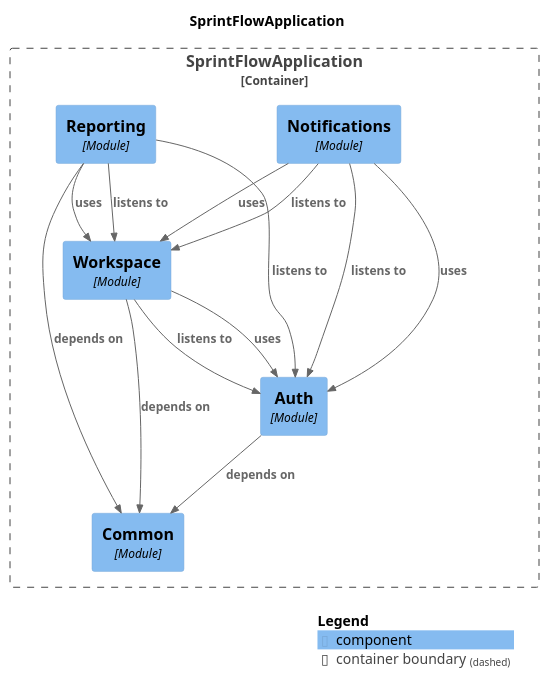
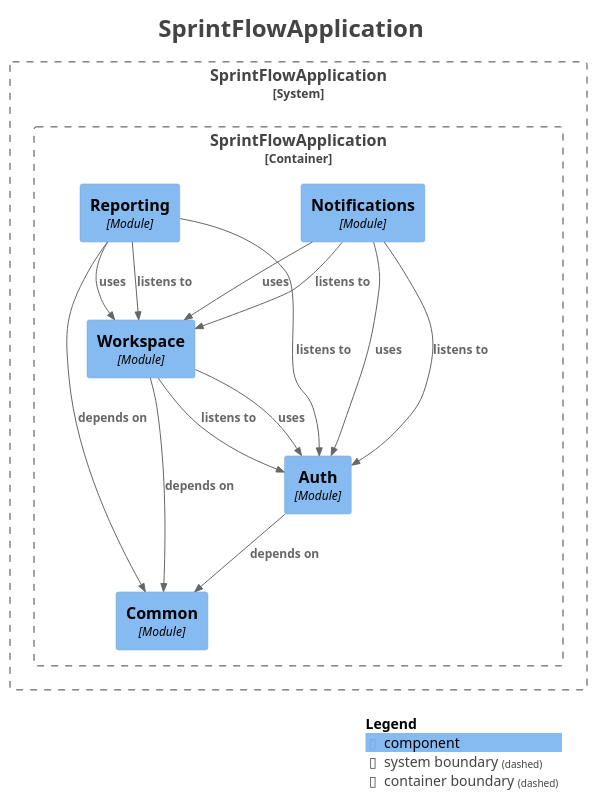
The diagram in docs/architecture/components.puml (Mouaz7/sprintflow-insight), drawn with PlantUML before and after one commit. The commit also changed 48 other files, not shown here.

```diff
--- a/docs/architecture/components.puml
+++ b/docs/architecture/components.puml
@@ -1,33 +1,44 @@
 @startuml
+title <size:24>SprintFlowApplication</size>
+
 set separator none
-title SprintFlowApplication
+top to bottom direction
 
-top to bottom direction
+<style>
+  root {
+    BackgroundColor: #ffffff
+    FontColor: #444444
+  }
+</style>
 
 !include <C4/C4>
 !include <C4/C4_Context>
 !include <C4/C4_Component>
 
-Container_Boundary("SprintFlowApplication.SprintFlowApplication_boundary", "SprintFlowApplication", $tags="") {
-  Component(SprintFlowApplication.SprintFlowApplication.Common, "Common", $techn="Module", $descr="", $tags="", $link="")
-  Component(SprintFlowApplication.SprintFlowApplication.Auth, "Auth", $techn="Module", $descr="", $tags="", $link="")
-  Component(SprintFlowApplication.SprintFlowApplication.Workspace, "Workspace", $techn="Module", $descr="", $tags="", $link="")
-  Component(SprintFlowApplication.SprintFlowApplication.Notifications, "Notifications", $techn="Module", $descr="", $tags="", $link="")
-  Component(SprintFlowApplication.SprintFlowApplication.Reporting, "Reporting", $techn="Module", $descr="", $tags="", $link="")
+System_Boundary("SprintFlowApplication_boundary", "SprintFlowApplication", $tags="") {
+  Container_Boundary("SprintFlowApplication.SprintFlowApplication_boundary", "SprintFlowApplication", $tags="") {
+    Component(SprintFlowApplication.SprintFlowApplication.Common, "Common", $techn="Module", $descr="", $tags="", $link="")
+    Component(SprintFlowApplication.SprintFlowApplication.Auth, "Auth", $techn="Module", $descr="", $tags="", $link="")
+    Component(SprintFlowApplication.SprintFlowApplication.Workspace, "Workspace", $techn="Module", $descr="", $tags="", $link="")
+    Component(SprintFlowApplication.SprintFlowApplication.Notifications, "Notifications", $techn="Module", $descr="", $tags="", $link="")
+    Component(SprintFlowApplication.SprintFlowApplication.Reporting, "Reporting", $techn="Module", $descr="", $tags="", $link="")
+  }
+
 }
 
+Rel(SprintFlowApplication.SprintFlowApplication.Notifications, SprintFlowApplication.SprintFlowApplication.Auth, "listens to", $techn="", $tags="", $link="")
 Rel(SprintFlowApplication.SprintFlowApplication.Notifications, SprintFlowApplication.SprintFlowApplication.Auth, "uses", $techn="", $tags="", $link="")
 Rel(SprintFlowApplication.SprintFlowApplication.Notifications, SprintFlowApplication.SprintFlowApplication.Workspace, "uses", $techn="", $tags="", $link="")
+Rel(SprintFlowApplication.SprintFlowApplication.Reporting, SprintFlowApplication.SprintFlowApplication.Auth, "listens to", $techn="", $tags="", $link="")
 Rel(SprintFlowApplication.SprintFlowApplication.Reporting, SprintFlowApplication.SprintFlowApplication.Workspace, "listens to", $techn="", $tags="", $link="")
-Rel(SprintFlowApplication.SprintFlowApplication.Reporting, SprintFlowApplication.SprintFlowApplication.Auth, "listens to", $techn="", $tags="", $link="")
 Rel(SprintFlowApplication.SprintFlowApplication.Reporting, SprintFlowApplication.SprintFlowApplication.Common, "depends on", $techn="", $tags="", $link="")
 Rel(SprintFlowApplication.SprintFlowApplication.Reporting, SprintFlowApplication.SprintFlowApplication.Workspace, "uses", $techn="", $tags="", $link="")
-Rel(SprintFlowApplication.SprintFlowApplication.Auth, SprintFlowApplication.SprintFlowApplication.Common, "depends on", $techn="", $tags="", $link="")
 Rel(SprintFlowApplication.SprintFlowApplication.Workspace, SprintFlowApplication.SprintFlowApplication.Auth, "listens to", $techn="", $tags="", $link="")
 Rel(SprintFlowApplication.SprintFlowApplication.Workspace, SprintFlowApplication.SprintFlowApplication.Common, "depends on", $techn="", $tags="", $link="")
 Rel(SprintFlowApplication.SprintFlowApplication.Workspace, SprintFlowApplication.SprintFlowApplication.Auth, "uses", $techn="", $tags="", $link="")
+Rel(SprintFlowApplication.SprintFlowApplication.Auth, SprintFlowApplication.SprintFlowApplication.Common, "depends on", $techn="", $tags="", $link="")
 Rel(SprintFlowApplication.SprintFlowApplication.Notifications, SprintFlowApplication.SprintFlowApplication.Workspace, "listens to", $techn="", $tags="", $link="")
-Rel(SprintFlowApplication.SprintFlowApplication.Notifications, SprintFlowApplication.SprintFlowApplication.Auth, "listens to", $techn="", $tags="", $link="")
 
 SHOW_LEGEND(true)
+hide stereotypes
 @enduml
```
